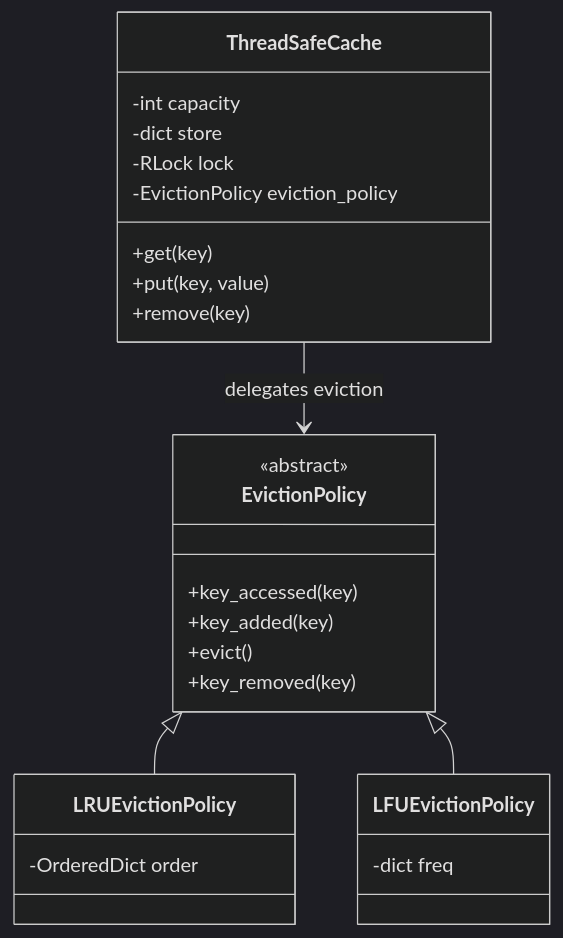
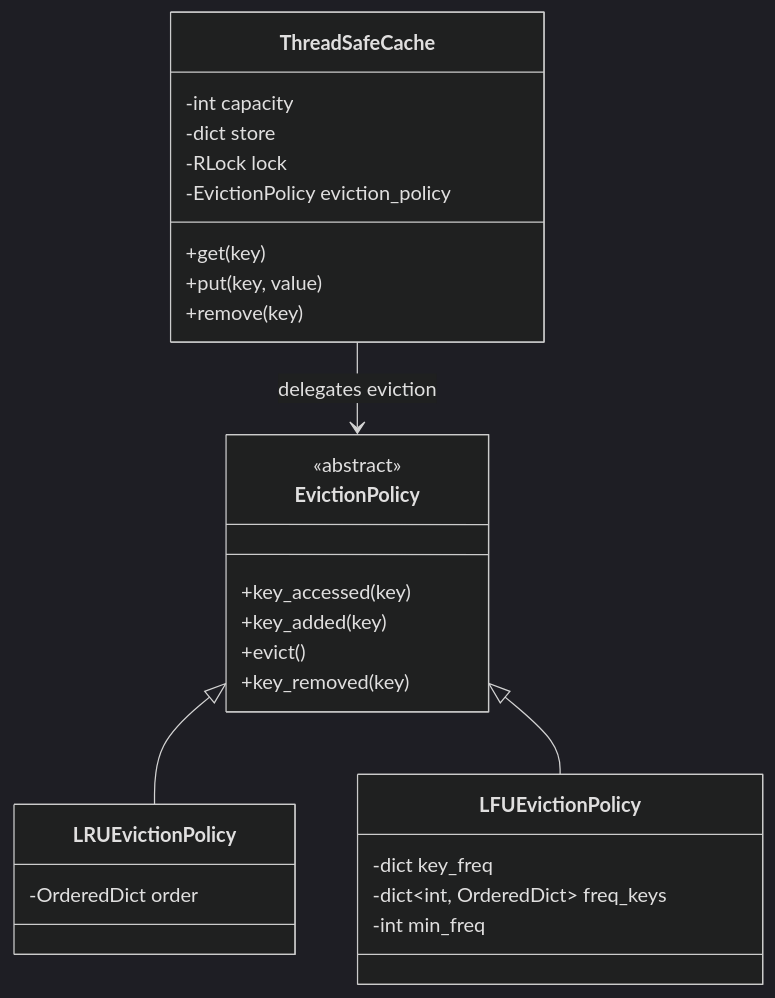
The first of 2 diagrams in README.md (Gonugunta-Venkata-Jayanth/concurrent_cache), drawn with Mermaid (dark theme) before and after one commit. The commit also changed other lines of this file, not shown here.

````diff
--- a/README.md
+++ b/README.md
@@ -36,28 +36,30 @@
 ```mermaid
 classDiagram
     class ThreadSafeCache {
         -int capacity
         -dict store
         -RLock lock
         -EvictionPolicy eviction_policy
         +get(key)
         +put(key, value)
         +remove(key)
     }
     class EvictionPolicy {
         <<abstract>>
         +key_accessed(key)
         +key_added(key)
         +evict()
         +key_removed(key)
     }
     class LRUEvictionPolicy {
         -OrderedDict order
     }
     class LFUEvictionPolicy {
-        -dict freq
+        -dict key_freq
+        -dict~int, OrderedDict~ freq_keys
+        -int min_freq
     }
     ThreadSafeCache --> EvictionPolicy : delegates eviction
     EvictionPolicy <|-- LRUEvictionPolicy
     EvictionPolicy <|-- LFUEvictionPolicy
 ```
````
